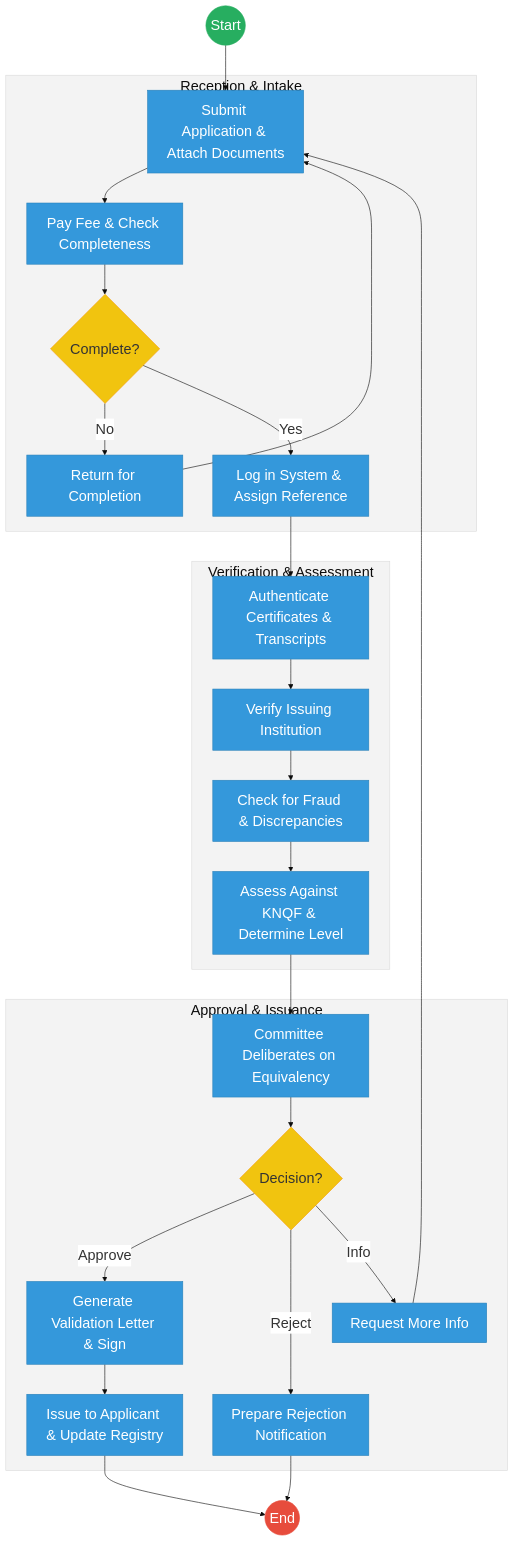
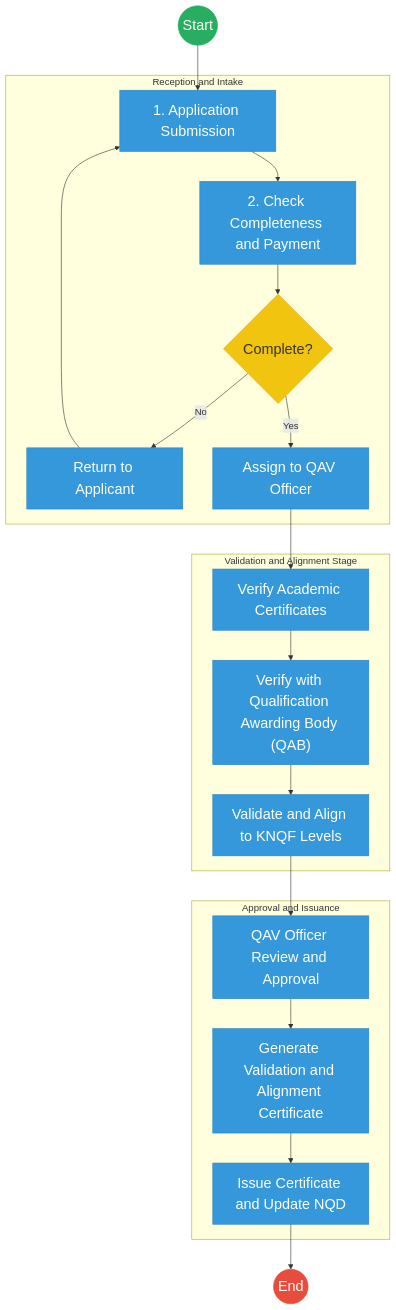
The first of 2 diagrams in mdas/docs_final/priority_mdas/Kenya_National_Qualifications_Authority___Service_Delivery.md (BITZ-IT-Consulting-LTD/ictapoc), drawn with Mermaid before and after one commit. The commit also changed other lines of this file and 19 other files, not shown here.

````diff
--- a/mdas/docs_final/priority_mdas/Kenya_National_Qualifications_Authority___Service_Delivery.md
+++ b/mdas/docs_final/priority_mdas/Kenya_National_Qualifications_Authority___Service_Delivery.md
@@ -34,46 +43,37 @@
 ```mermaid
-%%{init: { 'theme': 'base', 'themeVariables': { 'fontSize': '24px', 'fontFamily': 'Inter, system-ui, sans-serif', 'primaryColor': '#ffffff', 'edgeLabelBackground':'#ffffff', 'tertiaryColor': '#f3f3f3', 'mainBkg': '#ffffff', 'nodeBorder': '#333333' } } }%%
-graph TD
-    Start((Start)) --> Submit["Submit Application & Attach Documents"]
+flowchart TD
+    Start(("Start")) --> Submit["1. Application Submission"]
     
-    subgraph Intake["Reception & Intake"]
-        Submit --> PayFee["Pay Fee & Check Completeness"]
+    subgraph Intake["Reception and Intake"]
+        Submit --> PayFee["2. Check Completeness and Payment"]
         PayFee --> Comp{"Complete?"}
         
-        Comp -- "No" --> Return["Return for Completion"]
+        Comp -- "No" --> Return["Return to Applicant"]
         Return --> Submit
         
-        Comp -- "Yes" --> Log["Log in System & Assign Reference"]
+        Comp -- "Yes" --> Log["Assign to QAV Officer"]
     end
     
-    subgraph Vetting["Verification & Assessment"]
-        Log --> AuthCert["Authenticate Certificates & Transcripts"]
-        AuthCert --> VerifyInst["Verify Issuing Institution"]
-        VerifyInst --> FraudCheck["Check for Fraud & Discrepancies"]
-        FraudCheck --> Assess["Assess Against KNQF & Determine Level"]
+    subgraph Validation["Validation and Alignment Stage"]
+        Log --> AuthCert["Verify Academic Certificates"]
+        AuthCert --> VerifyQAB["Verify with Qualification Awarding Body (QAB)"]
+        VerifyQAB --> MapKNQF["Validate and Align to KNQF Levels"]
     end
     
-    subgraph Approval["Approval & Issuance"]
-        Assess --> Comm["Committee Deliberates on Equivalency"]
-        Comm --> Decision{"Decision?"}
-        
-        Decision -- "Approve" --> GenLetter["Generate Validation Letter & Sign"]
-        Decision -- "Reject" --> PrepRej["Prepare Rejection Notification"]
-        Decision -- "Info" --> ReqInfo["Request More Info"]
-        
-        GenLetter --> Issue["Issue to Applicant & Update Registry"]
+    subgraph Finalization["Approval and Issuance"]
+        MapKNQF --> QAVApprove["QAV Officer Review and Approval"]
+        QAVApprove --> GenCert["Generate Validation and Alignment Certificate"]
+        GenCert --> Issue["Issue Certificate and Update NQD"]
     end
     
-    Issue --> End((End))
-    PrepRej --> End
-    ReqInfo --> Submit
+    Issue --> End(("End"))
 
-    classDef start fill:#27ae60,stroke:#27ae60,color:#fff,font-size:24px,font-size:24px;;
-    classDef endNode fill:#e74c3c,stroke:#e74c3c,color:#fff,font-size:24px,font-size:24px;;
-    classDef userTask fill:#3498db,stroke:#2980b9,color:#fff,font-size:24px,font-size:24px;;
-    classDef gateway fill:#f1c40f,stroke:#f39c12,color:#333,font-size:24px,font-size:24px;;
-    class Start start;
+    classDef startNode fill:#27ae60,stroke:#27ae60,color:#fff,font-size:24px;
+    classDef endNode fill:#e74c3c,stroke:#e74c3c,color:#fff,font-size:24px;
+    classDef userTask fill:#3498db,stroke:#2980b9,color:#fff,font-size:24px;
+    classDef gateway fill:#f1c40f,stroke:#f39c12,color:#333,font-size:24px;
+    class Start startNode;
     class End endNode;
-    class Comp,Decision gateway;
-    class Submit,PayFee,Return,Log,AuthCert,VerifyInst,FraudCheck,Assess,Comm,GenLetter,PrepRej,ReqInfo,Issue userTask;
+    class Comp gateway;
+    class Submit,PayFee,Return,Log,AuthCert,VerifyQAB,MapKNQF,QAVApprove,GenCert,Issue userTask;
 ```
````
